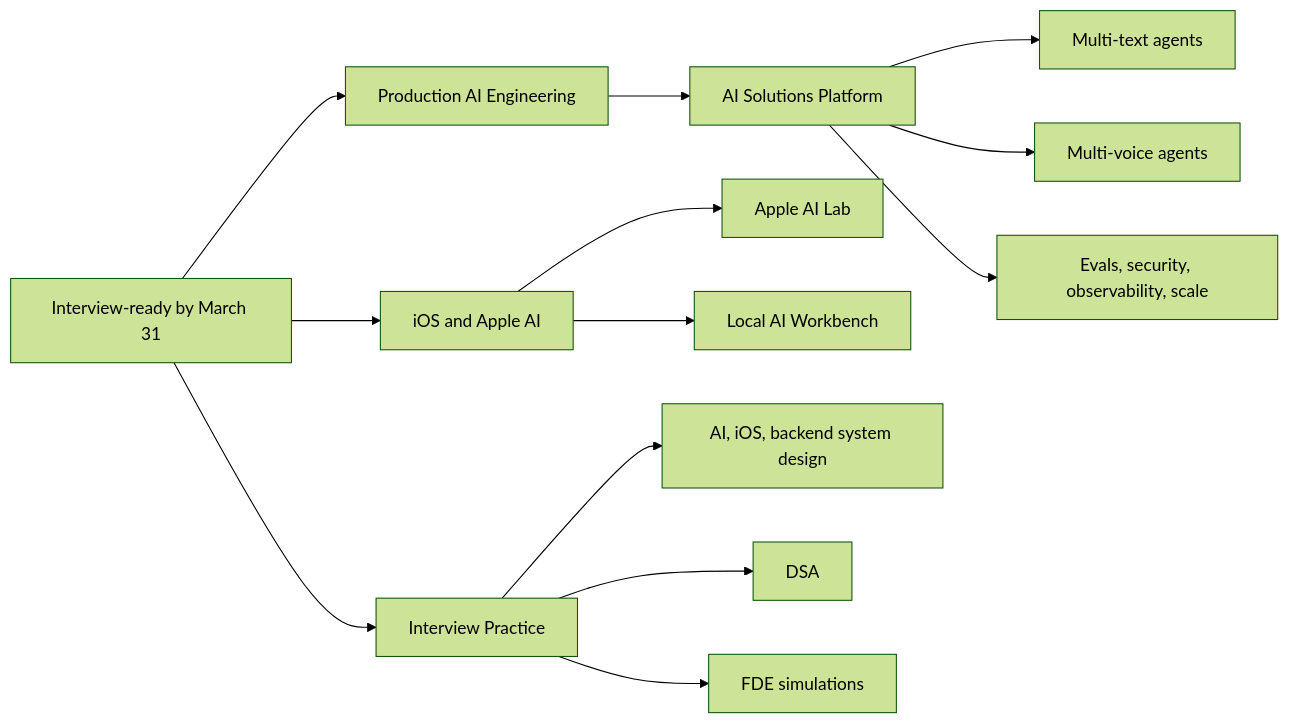
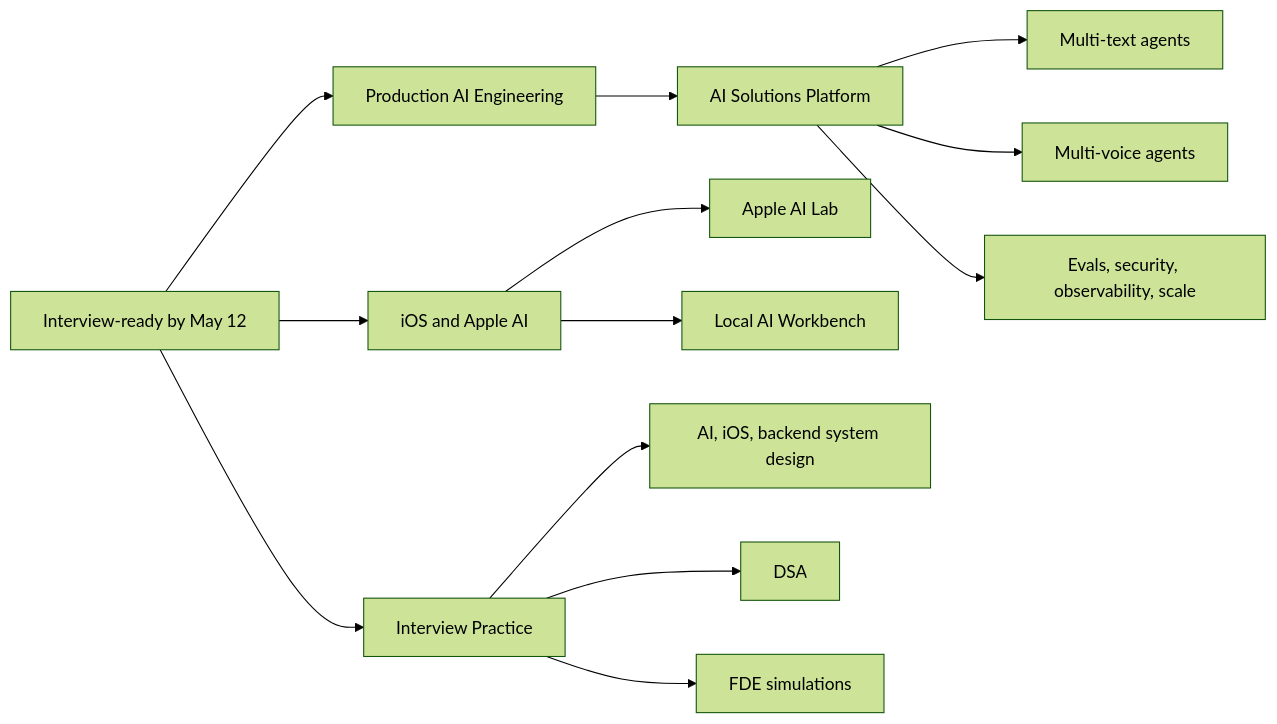
One commit to swapnildhiman19/iOSToAIJourney changed the diagram in README.md. Above: the diagram before and after it, drawn with Mermaid (forest theme). The commit also changed other lines of this file and 12 other files, not shown here.

````diff
--- a/README.md
+++ b/README.md
@@ -29,15 +30,15 @@
 ```mermaid
 flowchart LR
-    Goal[Interview-ready by March 31] --> AITrack[Production AI Engineering]
+    Goal[Interview-ready by May 12] --> AITrack[Production AI Engineering]
     Goal --> AppleTrack[iOS and Apple AI]
     Goal --> InterviewTrack[Interview Practice]
     AITrack --> Platform[AI Solutions Platform]
     Platform --> TextAgents[Multi-text agents]
     Platform --> VoiceAgents[Multi-voice agents]
     Platform --> Operations[Evals, security, observability, scale]
     AppleTrack --> AppleLab[Apple AI Lab]
     AppleTrack --> LocalLab[Local AI Workbench]
     InterviewTrack --> Design[AI, iOS, backend system design]
     InterviewTrack --> DSA[DSA]
     InterviewTrack --> FDE[FDE simulations]
 ```
````
